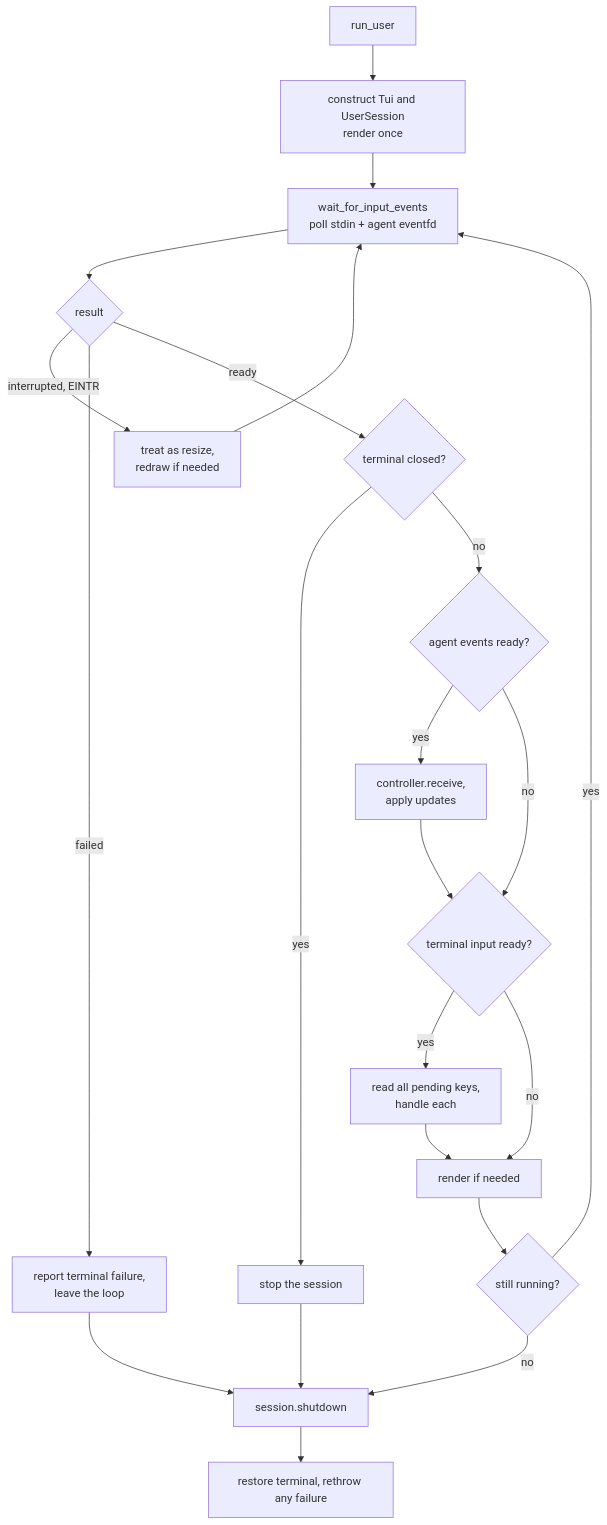
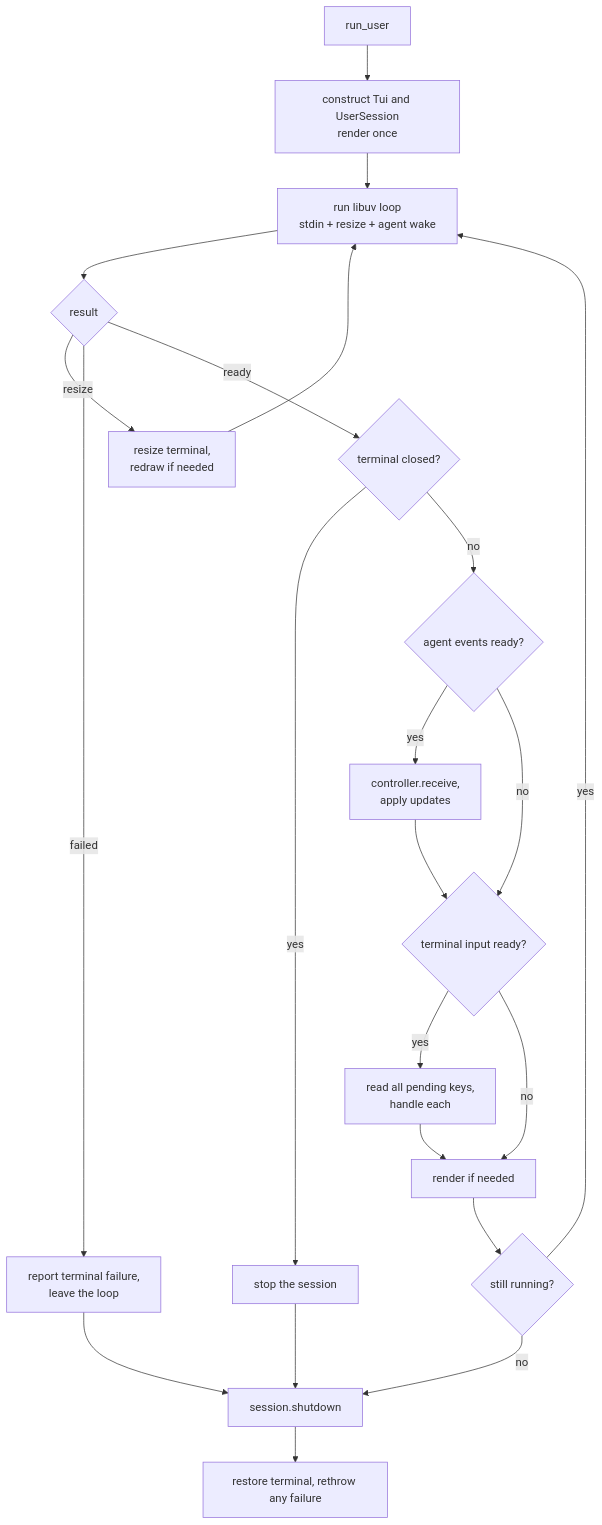
One commit to michaelpopov/cha changed the first of 2 diagrams in src/ui/tui/README.md. Above: the diagram before and after it, drawn with Mermaid. The commit also changed other lines of this file and 32 other files, not shown here.

````diff
--- a/src/ui/tui/README.md
+++ b/src/ui/tui/README.md
@@ -42,23 +43,23 @@
 ```mermaid
 flowchart TD
     start["run_user"] --> mk["construct Tui and UserSession<br/>render once"]
-    mk --> wait["wait_for_input_events<br/>poll stdin + agent eventfd"]
+    mk --> wait["run libuv loop<br/>stdin + resize + agent wake"]
     wait --> res{"result"}
-    res -->|"interrupted, EINTR"| resize["treat as resize,<br/>redraw if needed"] --> wait
+    res -->|"resize"| resize["resize terminal,<br/>redraw if needed"] --> wait
     res -->|"failed"| fail["report terminal failure,<br/>leave the loop"]
     res -->|"ready"| closed{"terminal closed?"}
     closed -->|"yes"| stoploop["stop the session"]
     closed -->|"no"| agent{"agent events ready?"}
     agent -->|"yes"| drain["controller.receive,<br/>apply updates"]
     agent -->|"no"| keys
     drain --> keys{"terminal input ready?"}
     keys -->|"yes"| read["read all pending keys,<br/>handle each"]
     keys -->|"no"| paint
     read --> paint["render if needed"]
     paint --> running{"still running?"}
     running -->|"yes"| wait
     running -->|"no"| shut["session.shutdown"]
     stoploop --> shut
     fail --> shut
     shut --> done["restore terminal, rethrow any failure"]
 ```
````
